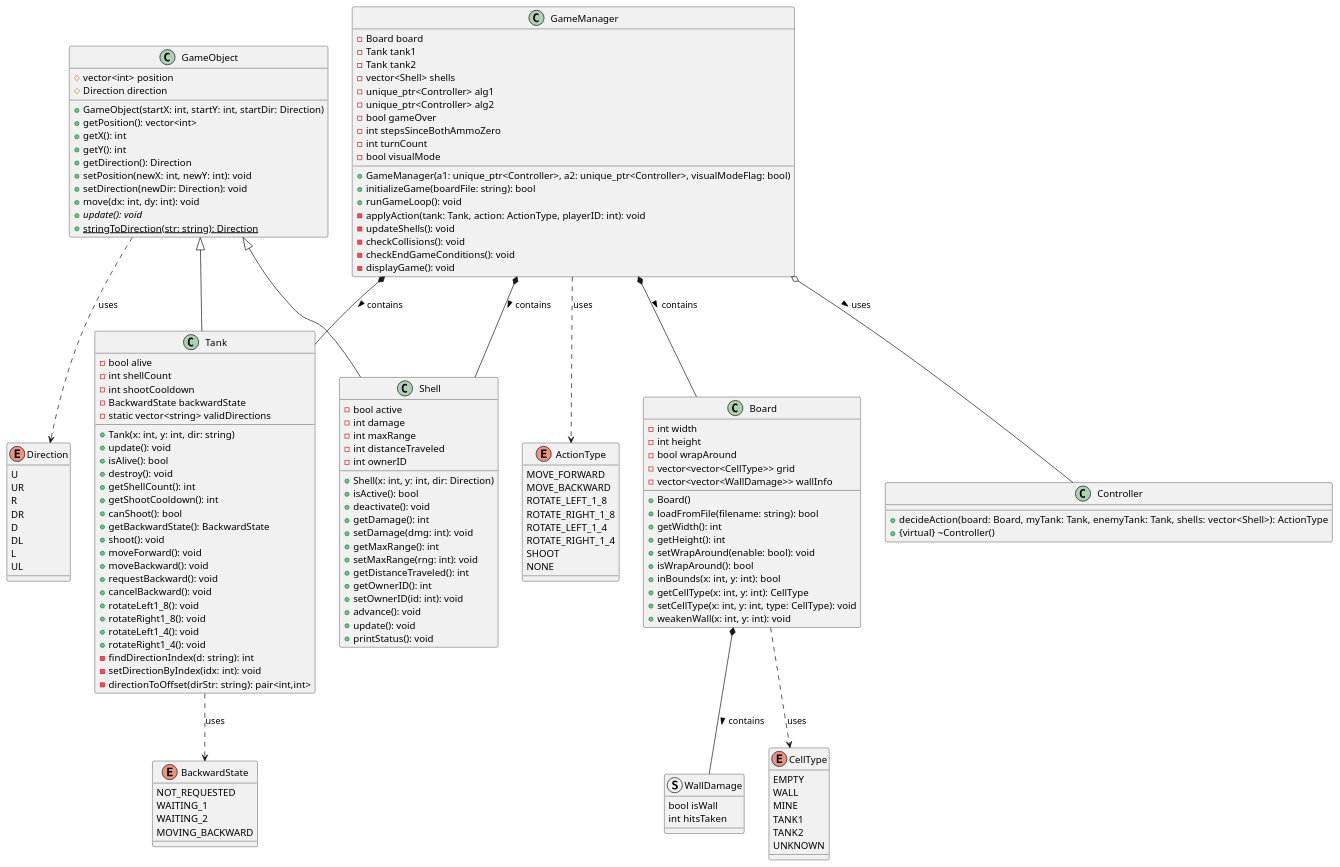
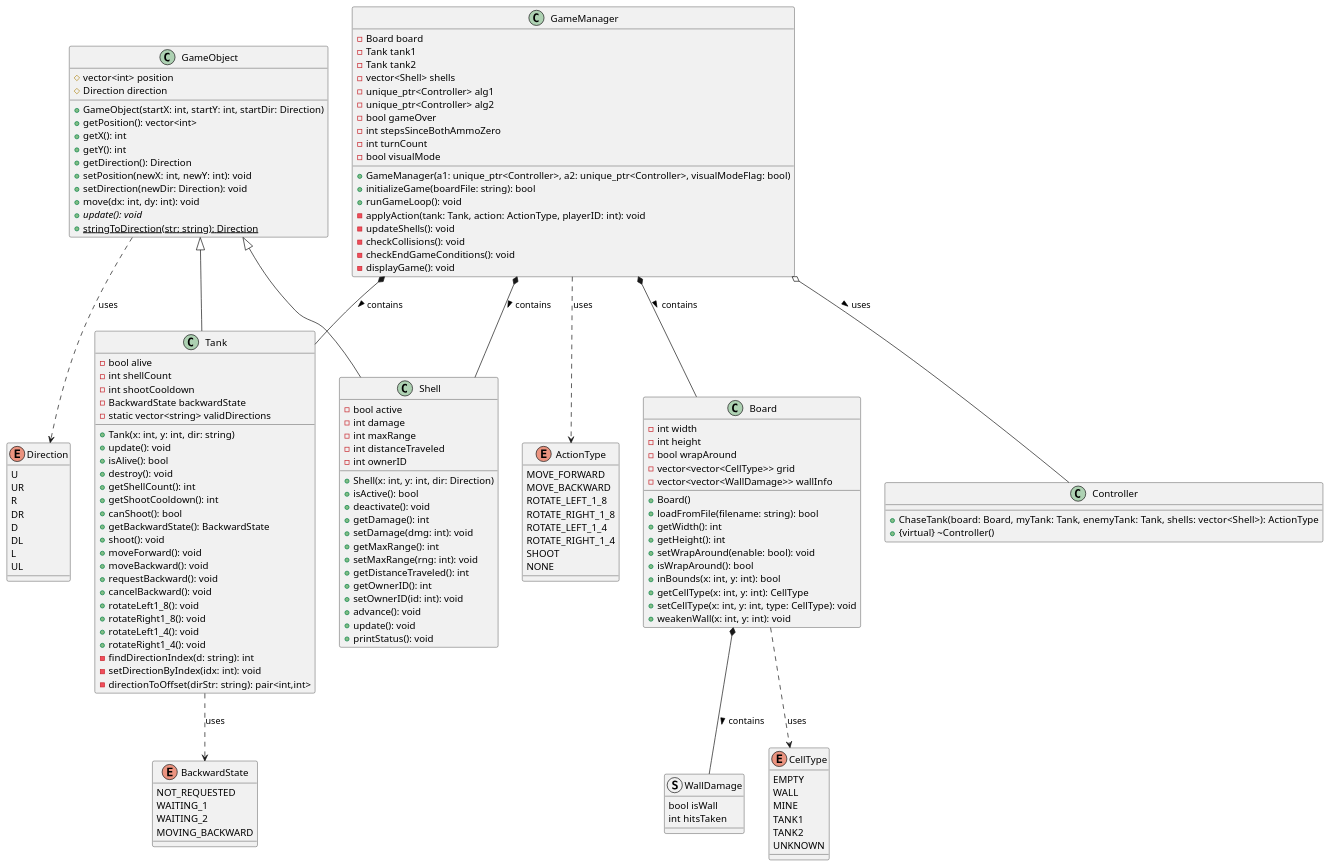
The diagram in Project1/doc/class_diagram.puml (gshachar12/Advanced-Concepts-in-Programming), drawn with PlantUML before and after one commit. The commit also changed 25 other files, not shown here.

```diff
--- a/Project1/doc/class_diagram.puml
+++ b/Project1/doc/class_diagram.puml
@@ -1,180 +1,180 @@
 @startuml TankGameClassDiagram
 
 ' Enumerations
 enum Direction {
     U
     UR
     R
     DR
     D
     DL
     L
     UL
 }
 
 enum CellType {
     EMPTY
     WALL
     MINE
     TANK1
     TANK2
     UNKNOWN
 }
 
 enum ActionType {
     MOVE_FORWARD
     MOVE_BACKWARD
     ROTATE_LEFT_1_8
     ROTATE_RIGHT_1_8
     ROTATE_LEFT_1_4
     ROTATE_RIGHT_1_4
     SHOOT
     NONE
 }
 
 enum BackwardState {
     NOT_REQUESTED
     WAITING_1
     WAITING_2
     MOVING_BACKWARD
 }
 
 ' Base class
 class GameObject {
     # vector<int> position
     # Direction direction
     
     + GameObject(startX: int, startY: int, startDir: Direction)
     + getPosition(): vector<int>
     + getX(): int
     + getY(): int
     + getDirection(): Direction
     + setPosition(newX: int, newY: int): void
     + setDirection(newDir: Direction): void
     + move(dx: int, dy: int): void
     + {abstract} update(): void
     + {static} stringToDirection(str: string): Direction
 }
 
 ' Tank class
 class Tank {
     - bool alive
     - int shellCount
     - int shootCooldown
     - BackwardState backwardState
     - static vector<string> validDirections
     
     + Tank(x: int, y: int, dir: string)
     + update(): void
     + isAlive(): bool
     + destroy(): void
     + getShellCount(): int
     + getShootCooldown(): int
     + canShoot(): bool
     + getBackwardState(): BackwardState
     + shoot(): void
     + moveForward(): void
     + moveBackward(): void
     + requestBackward(): void
     + cancelBackward(): void
     + rotateLeft1_8(): void
     + rotateRight1_8(): void
     + rotateLeft1_4(): void
     + rotateRight1_4(): void
     - findDirectionIndex(d: string): int
     - setDirectionByIndex(idx: int): void
     - directionToOffset(dirStr: string): pair<int,int>
 }
 
 ' Shell class
 class Shell {
     - bool active
     - int damage
     - int maxRange
     - int distanceTraveled
     - int ownerID
     
     + Shell(x: int, y: int, dir: Direction)
     + isActive(): bool
     + deactivate(): void
     + getDamage(): int
     + setDamage(dmg: int): void
     + getMaxRange(): int
     + setMaxRange(rng: int): void
     + getDistanceTraveled(): int
     + getOwnerID(): int
     + setOwnerID(id: int): void
     + advance(): void
     + update(): void
     + printStatus(): void
 }
 
 ' Board class
 class Board {
     - int width
     - int height
     - bool wrapAround
     - vector<vector<CellType>> grid
     - vector<vector<WallDamage>> wallInfo
     
     + Board()
     + loadFromFile(filename: string): bool
     + getWidth(): int
     + getHeight(): int
     + setWrapAround(enable: bool): void
     + isWrapAround(): bool
     + inBounds(x: int, y: int): bool
     + getCellType(x: int, y: int): CellType
     + setCellType(x: int, y: int, type: CellType): void
     + weakenWall(x: int, y: int): void
 }
 
 ' Controller class
 class Controller {
-    + decideAction(board: Board, myTank: Tank, enemyTank: Tank, shells: vector<Shell>): ActionType
+    + ChaseTank(board: Board, myTank: Tank, enemyTank: Tank, shells: vector<Shell>): ActionType
     + {virtual} ~Controller()
 }
 
 ' GameManager class
 class GameManager {
     - Board board
     - Tank tank1
     - Tank tank2
     - vector<Shell> shells
     - unique_ptr<Controller> alg1
     - unique_ptr<Controller> alg2
     - bool gameOver
     - int stepsSinceBothAmmoZero
     - int turnCount
     - bool visualMode
     
     + GameManager(a1: unique_ptr<Controller>, a2: unique_ptr<Controller>, visualModeFlag: bool)
     + initializeGame(boardFile: string): bool
     + runGameLoop(): void
     - applyAction(tank: Tank, action: ActionType, playerID: int): void
     - updateShells(): void
     - checkCollisions(): void
     - checkEndGameConditions(): void
     - displayGame(): void
 }
 
 ' Struct for wall damage tracking
 struct WallDamage {
     bool isWall
     int hitsTaken
 }
 
 ' Relationships
 GameObject <|-- Tank
 GameObject <|-- Shell
 GameManager *-- Tank : contains >
 GameManager *-- Board : contains >
 GameManager *-- Shell : contains >
 GameManager o-- Controller : uses >
 GameManager ..> ActionType : uses
 Tank ..> BackwardState : uses
 Board ..> CellType : uses
 Board *-- WallDamage : contains >
 GameObject ..> Direction : uses
 
 @enduml
```
